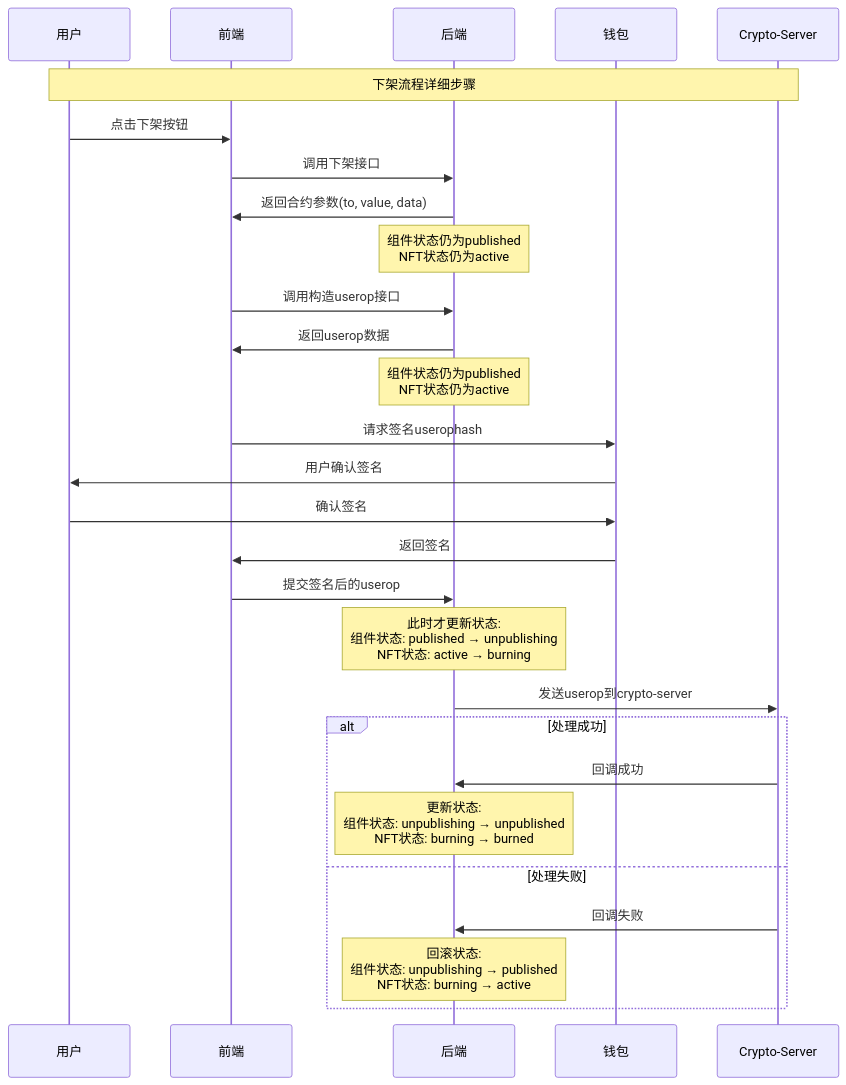
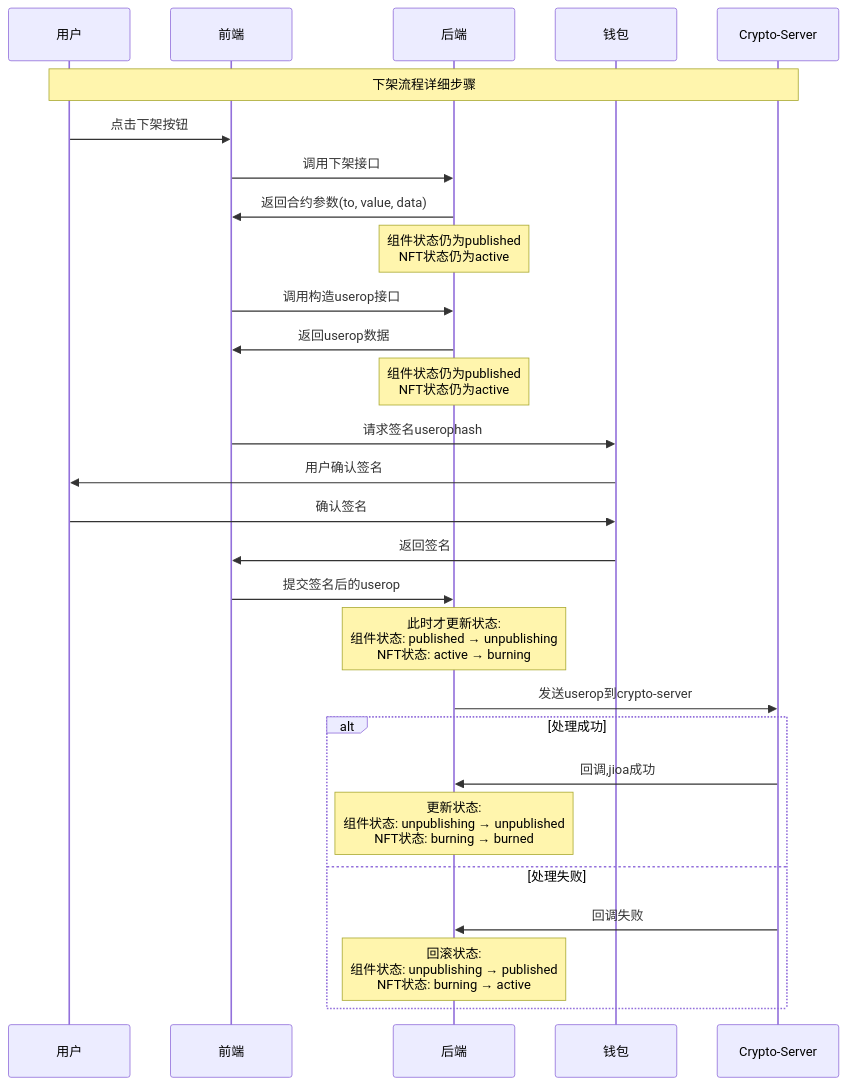
The diagram in all/未命名-76.md (yingjianzh/iodraw-files), drawn with Mermaid before and after one commit.

Commit message:
2025-07-08 11:20:52 update

````diff
--- a/all/未命名-76.md
+++ b/all/未命名-76.md
@@ -1,36 +1,36 @@
 ```mermaid
 sequenceDiagram
     participant User as 用户
     participant Frontend as 前端
     participant Backend as 后端
     participant Wallet as 钱包
     participant CryptoServer as Crypto-Server
     
     Note over User,CryptoServer: 下架流程详细步骤
     
     User->>Frontend: 点击下架按钮
     Frontend->>Backend: 调用下架接口
     Backend->>Frontend: 返回合约参数(to, value, data)
     Note over Backend: 组件状态仍为published<br/>NFT状态仍为active
     
     Frontend->>Backend: 调用构造userop接口
     Backend->>Frontend: 返回userop数据
     Note over Backend: 组件状态仍为published<br/>NFT状态仍为active
     
     Frontend->>Wallet: 请求签名userophash
     Wallet->>User: 用户确认签名
     User->>Wallet: 确认签名
     Wallet->>Frontend: 返回签名
     
     Frontend->>Backend: 提交签名后的userop
     Note over Backend: 此时才更新状态:<br/>组件状态: published → unpublishing<br/>NFT状态: active → burning
     Backend->>CryptoServer: 发送userop到crypto-server
     
     alt 处理成功
-        CryptoServer->>Backend: 回调成功
+        CryptoServer->>Backend: 回调,jioa成功
         Note over Backend: 更新状态:<br/>组件状态: unpublishing → unpublished<br/>NFT状态: burning → burned
     else 处理失败
         CryptoServer->>Backend: 回调失败
         Note over Backend: 回滚状态:<br/>组件状态: unpublishing → published<br/>NFT状态: burning → active
     end
 ```
````
